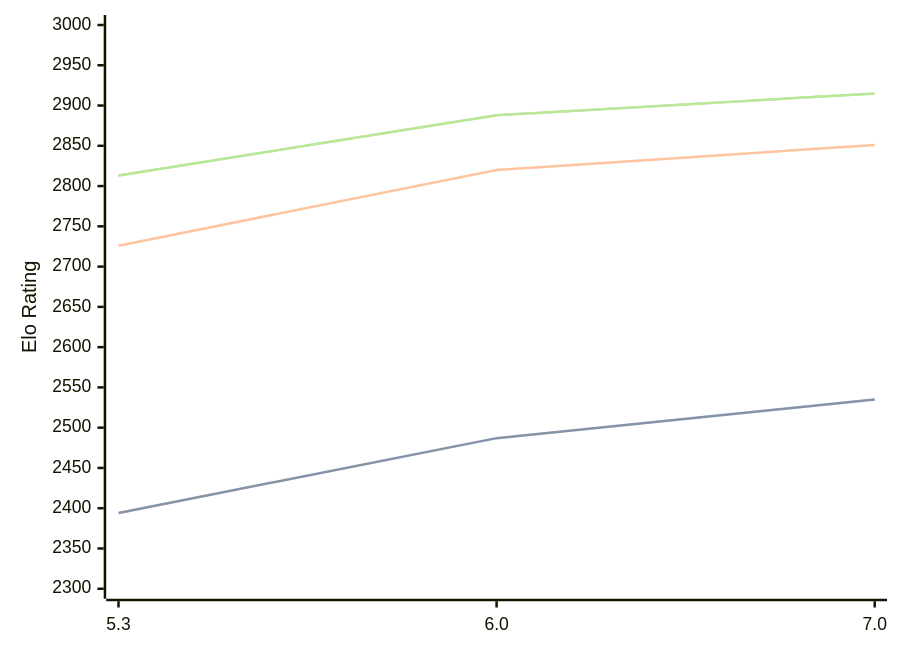
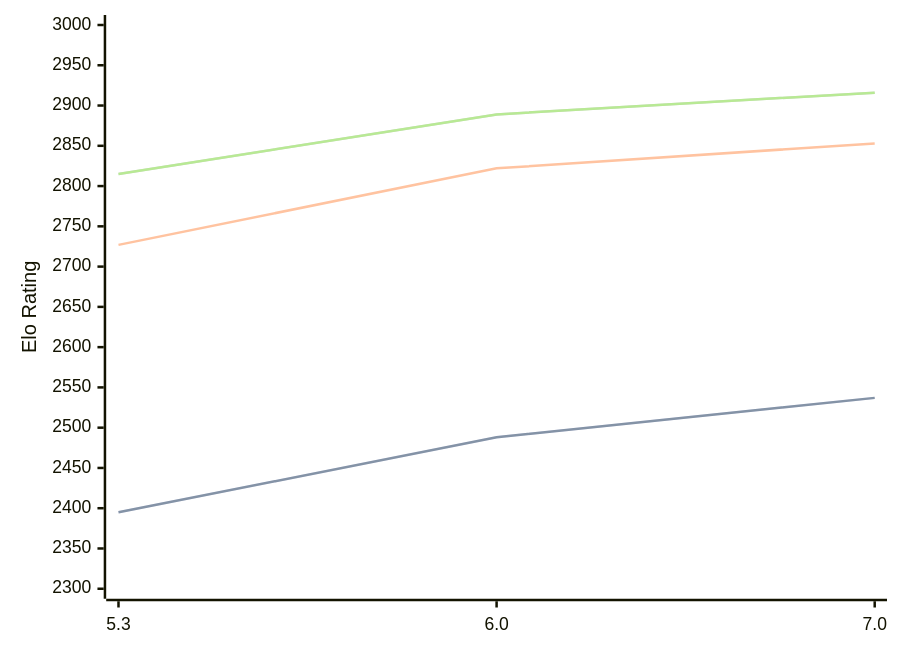
Before and after one commit to computer-chess-index/cci: the diagram in engines/tomitankChess.md, drawn with Mermaid. The commit also changed other lines of this file, not shown here.

Commit message:
Update CCI Ratings (ELO VLTC) - 2026-10-09

````diff
--- a/engines/tomitankChess.md
+++ b/engines/tomitankChess.md
@@ -33,11 +33,11 @@
 ```mermaid
 %%{init: {"theme":"base","themeVariables":{"seriesColors:['#a3a3a3','#222221','#faa371']}}}%%
 xychart-beta
   x-axis ["5.3", "6.0", "7.0"]
   y-axis "Elo Rating" 2300 --> 3000
-  line "" [2394, 2487, 2535]
-  line "STC (8.0+0.08s)" [2394, 2487, 2535]
-  line "LTC (60.0+0.60s)" [2726, 2820, 2851]
-  line "" [2813, 2888, 2915]
-  line "VLTC (2m24s+1.12s)" [2813, 2888, 2915]
+  line "" [2395, 2488, 2537]
+  line "STC (8.0+0.08s)" [2395, 2488, 2537]
+  line "LTC (60.0+0.60s)" [2727, 2822, 2853]
+  line "" [2815, 2889, 2916]
+  line "VLTC (2m24s+1.12s)" [2815, 2889, 2916]
 ```
````
